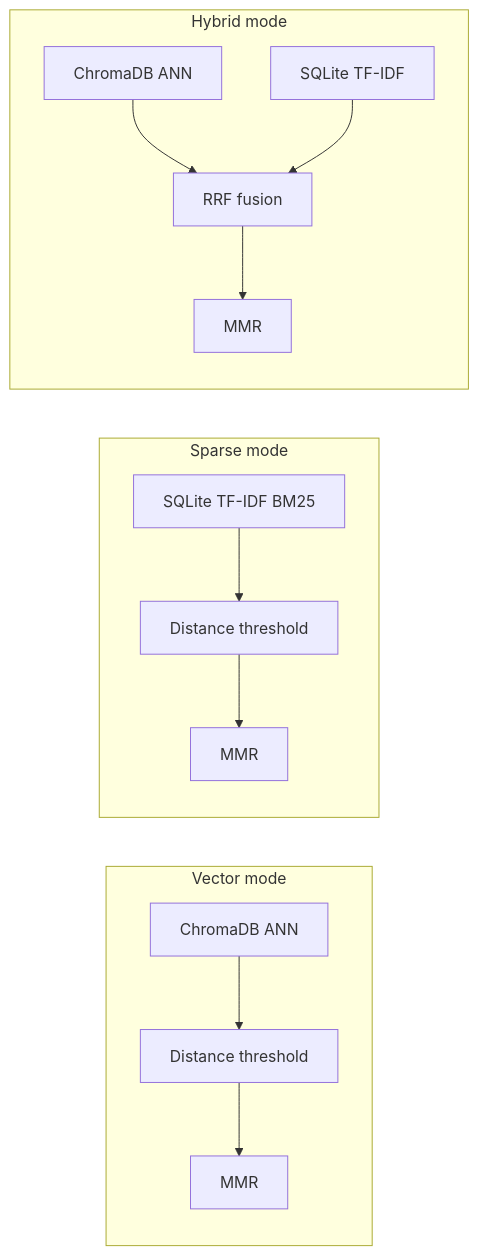
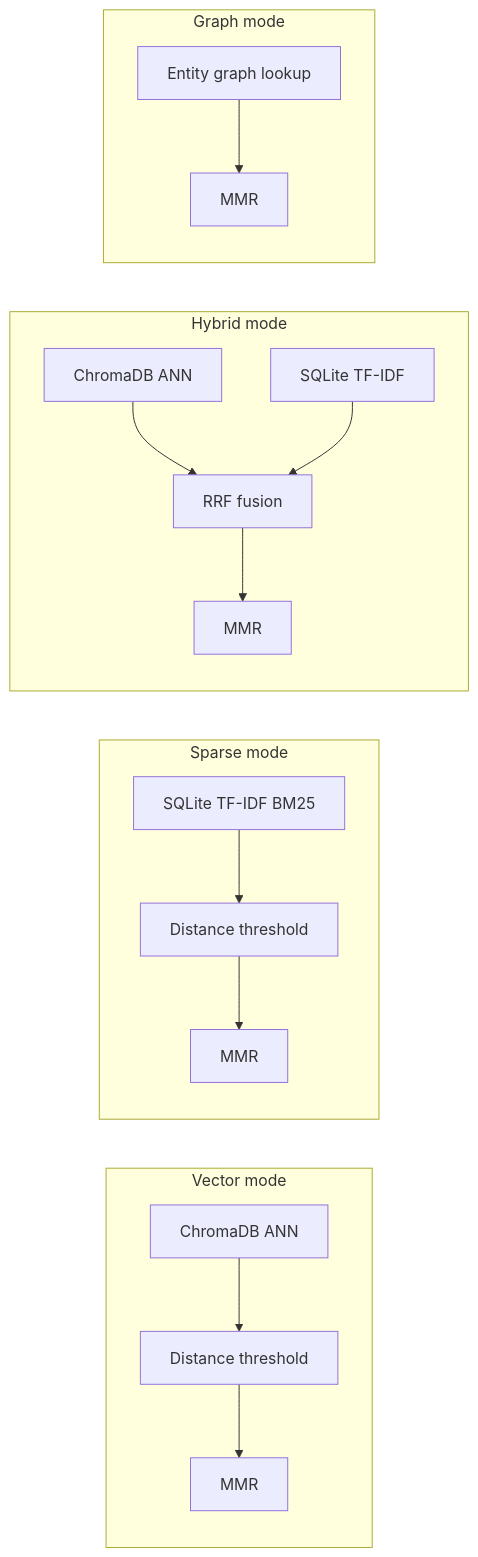
The third of 3 diagrams in README.md (SorasitWang/QA_RAG), drawn with Mermaid before and after one commit. The commit also changed other lines of this file and 48 other files, not shown here.

````diff
--- a/README.md
+++ b/README.md
@@ -196,16 +276,20 @@
 ```mermaid
 flowchart LR
     subgraph vector ["Vector mode"]
         V1[ChromaDB ANN] --> V2[Distance threshold] --> V3[MMR]
     end
 
     subgraph sparse ["Sparse mode"]
         S1[SQLite TF-IDF BM25] --> S2[Distance threshold] --> S3[MMR]
     end
 
     subgraph hybrid ["Hybrid mode"]
         H1[ChromaDB ANN] --> H3[RRF fusion]
         H2[SQLite TF-IDF] --> H3
         H3 --> H4[MMR]
     end
+
+    subgraph graphMode ["Graph mode"]
+        G1[Entity graph lookup] --> G2[MMR]
+    end
 ```
````
